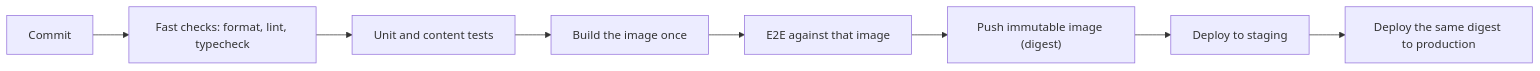
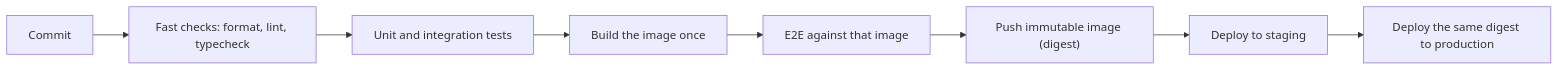
The first of 2 diagrams in content/tracks/13-senior-craft/01-software-craft/05-ci-cd-and-deployment.md (thull32/ascend), drawn with Mermaid before and after one commit. The commit also changed other lines of this file and 9 other files, not shown here.

````diff
--- a/content/tracks/13-senior-craft/01-software-craft/05-ci-cd-and-deployment.md
+++ b/content/tracks/13-senior-craft/01-software-craft/05-ci-cd-and-deployment.md
@@ -17,10 +17,10 @@
 ```mermaid
 flowchart LR
   C["Commit"] --> F["Fast checks: format, lint, typecheck"]
-  F --> T["Unit and content tests"]
+  F --> T["Unit and integration tests"]
   T --> B["Build the image once"]
   B --> E["E2E against that image"]
   E --> R["Push immutable image (digest)"]
   R --> S["Deploy to staging"]
   S --> P["Deploy the same digest to production"]
 ```
````
